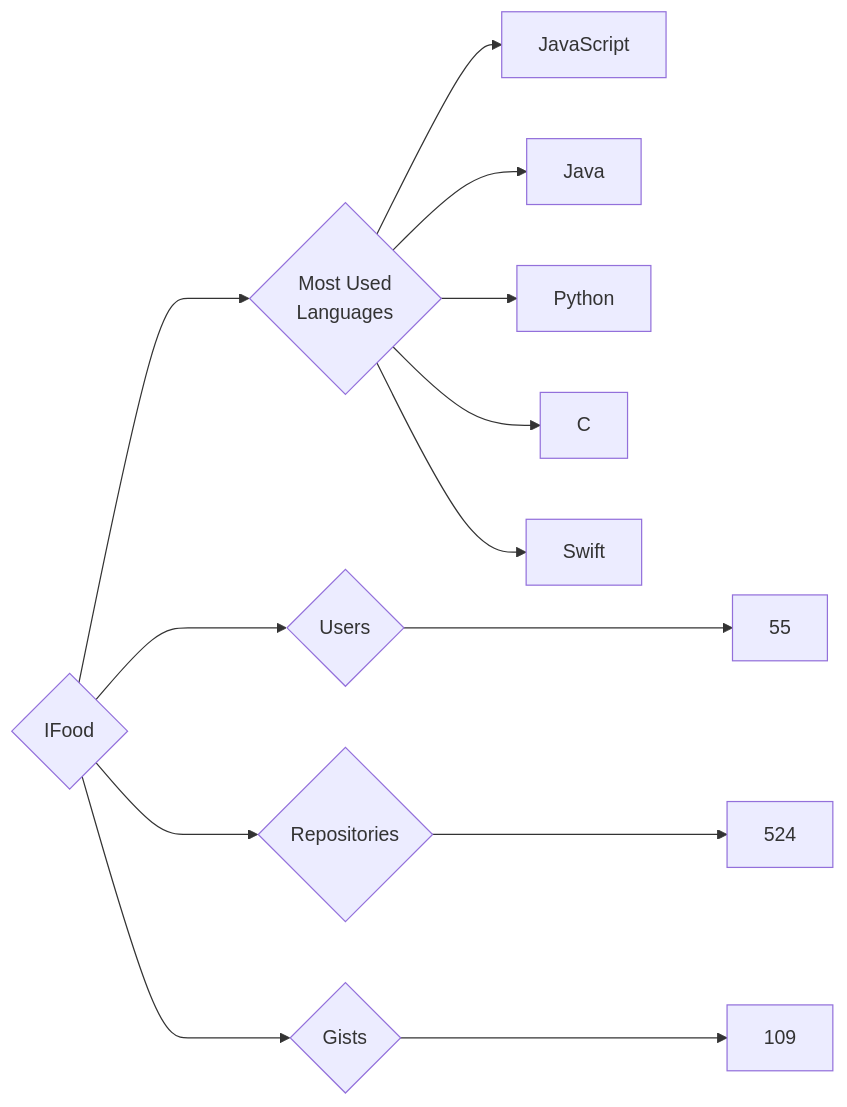
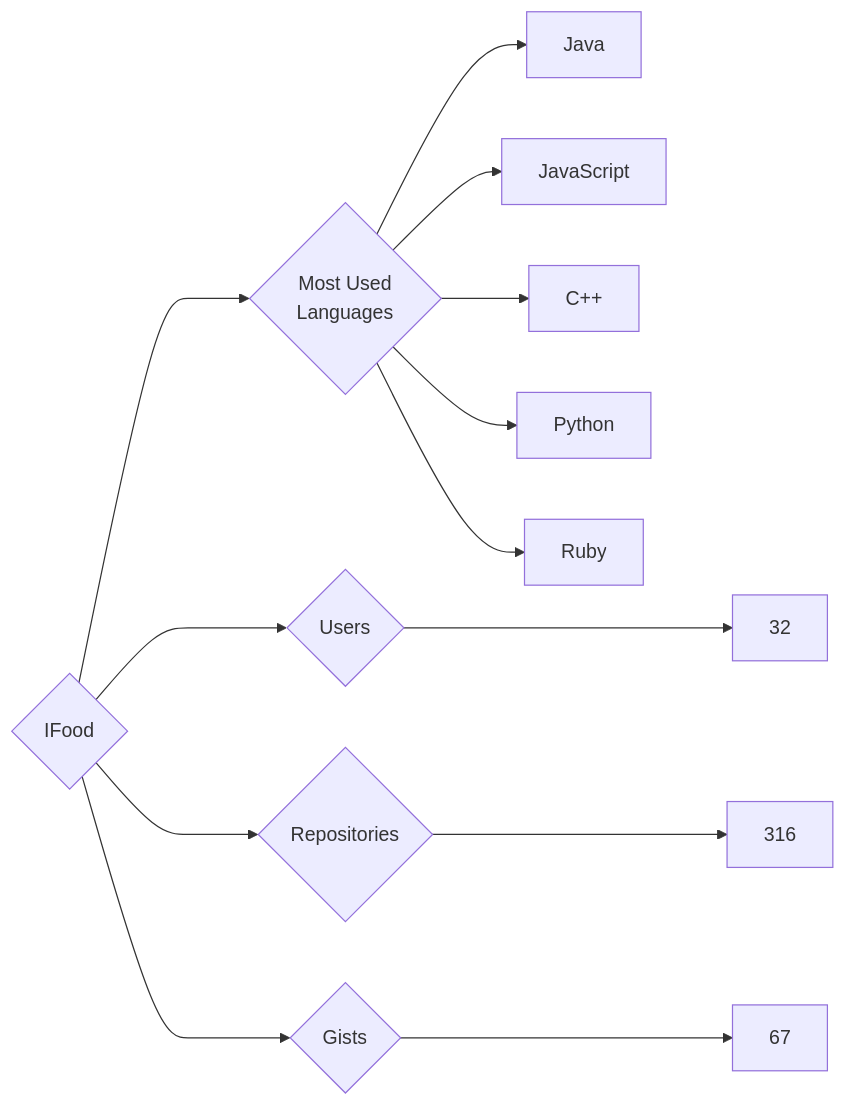
One commit to trickest/insiders changed the diagram in targets/IFood/README.md. Above: the diagram before and after it, drawn with Mermaid. The commit also changed 823 other files, not shown here.

````diff
--- a/targets/IFood/README.md
+++ b/targets/IFood/README.md
@@ -3,13 +3,13 @@
 ```mermaid
 graph LR
 COMPANY_NAME{IFood}
-COMPANY_NAME ---> U{Users} ---> UN[55]
-COMPANY_NAME ---> R{Repositories} ---> RN[524]
-COMPANY_NAME ---> G{Gists} ---> GN[109]
+COMPANY_NAME ---> U{Users} ---> UN[32]
+COMPANY_NAME ---> R{Repositories} ---> RN[316]
+COMPANY_NAME ---> G{Gists} ---> GN[67]
 COMPANY_NAME ---> ML{Most Used<br>Languages}
+ML --> Java[Java]
 ML --> JavaScript[JavaScript]
-ML --> Java[Java]
+ML --> C++[C++]
 ML --> Python[Python]
-ML --> C[C]
-ML --> Swift[Swift]
+ML --> Ruby[Ruby]
 ```
````
